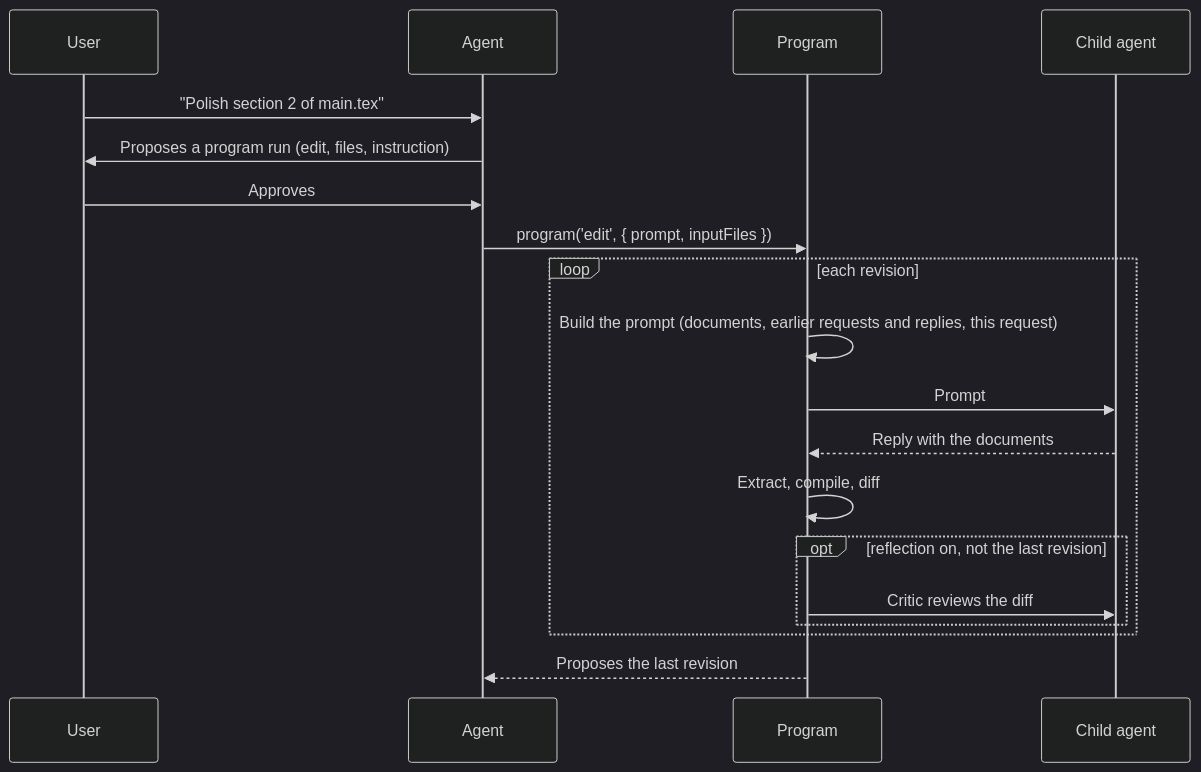
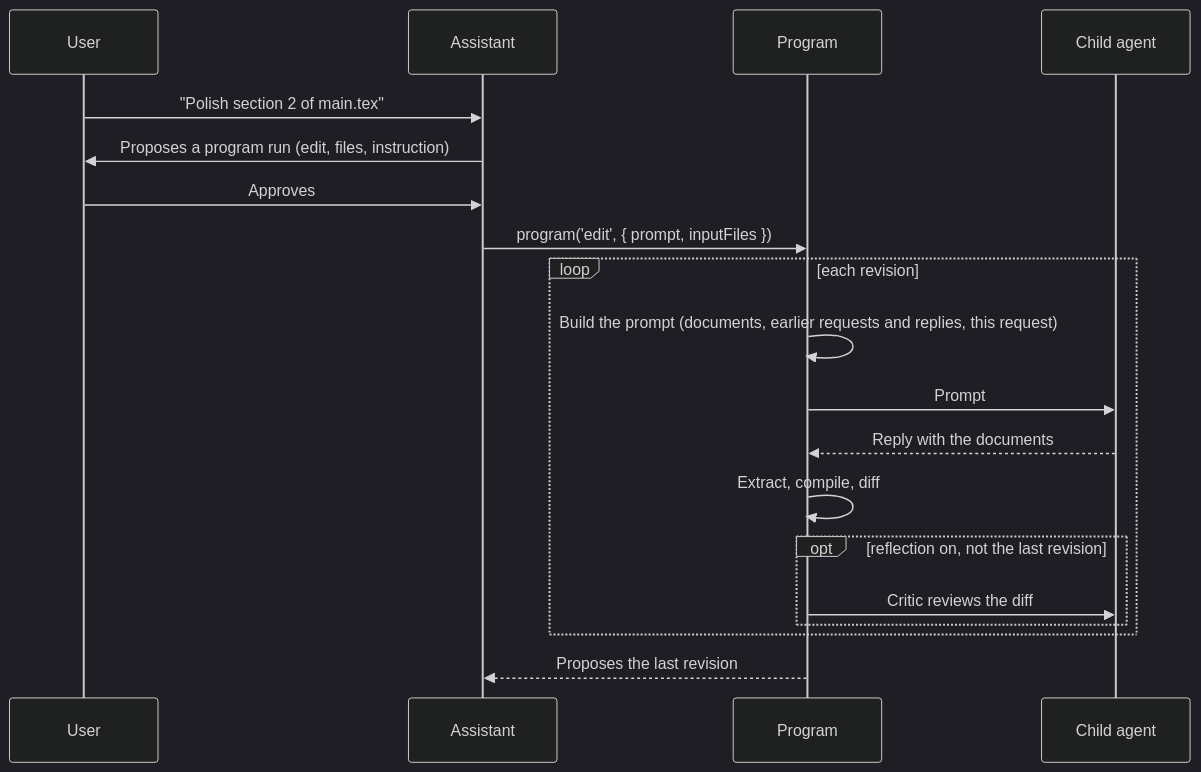
One commit to LionSR/TeXRA changed the diagram in docs/guide/agent-architecture.md. Above: the diagram before and after it, drawn with Mermaid (dark theme). The commit also changed other lines of this file and 483 other files, not shown here.

Commit message:
feat!: one assistant, programs in place of agents; a run records its own system and tools (#15180)

````diff
--- a/docs/guide/agent-architecture.md
+++ b/docs/guide/agent-architecture.md
@@ -32,22 +43,22 @@
 ```mermaid
 sequenceDiagram
     participant User
-    participant Agent
+    participant Assistant
     participant Program
     participant Child agent
 
-    User->>Agent: "Polish section 2 of main.tex"
-    Agent->>User: Proposes a program run (edit, files, instruction)
-    User->>Agent: Approves
-    Agent->>Program: program('edit', { prompt, inputFiles })
+    User->>Assistant: "Polish section 2 of main.tex"
+    Assistant->>User: Proposes a program run (edit, files, instruction)
+    User->>Assistant: Approves
+    Assistant->>Program: program('edit', { prompt, inputFiles })
     loop each revision
         Program->>Program: Build the prompt (documents, earlier requests and replies, this request)
         Program->>Child agent: Prompt
         Child agent-->>Program: Reply with the documents
         Program->>Program: Extract, compile, diff
         opt reflection on, not the last revision
             Program->>Child agent: Critic reviews the diff
         end
     end
-    Program-->>Agent: Proposes the last revision
+    Program-->>Assistant: Proposes the last revision
 ```
````
